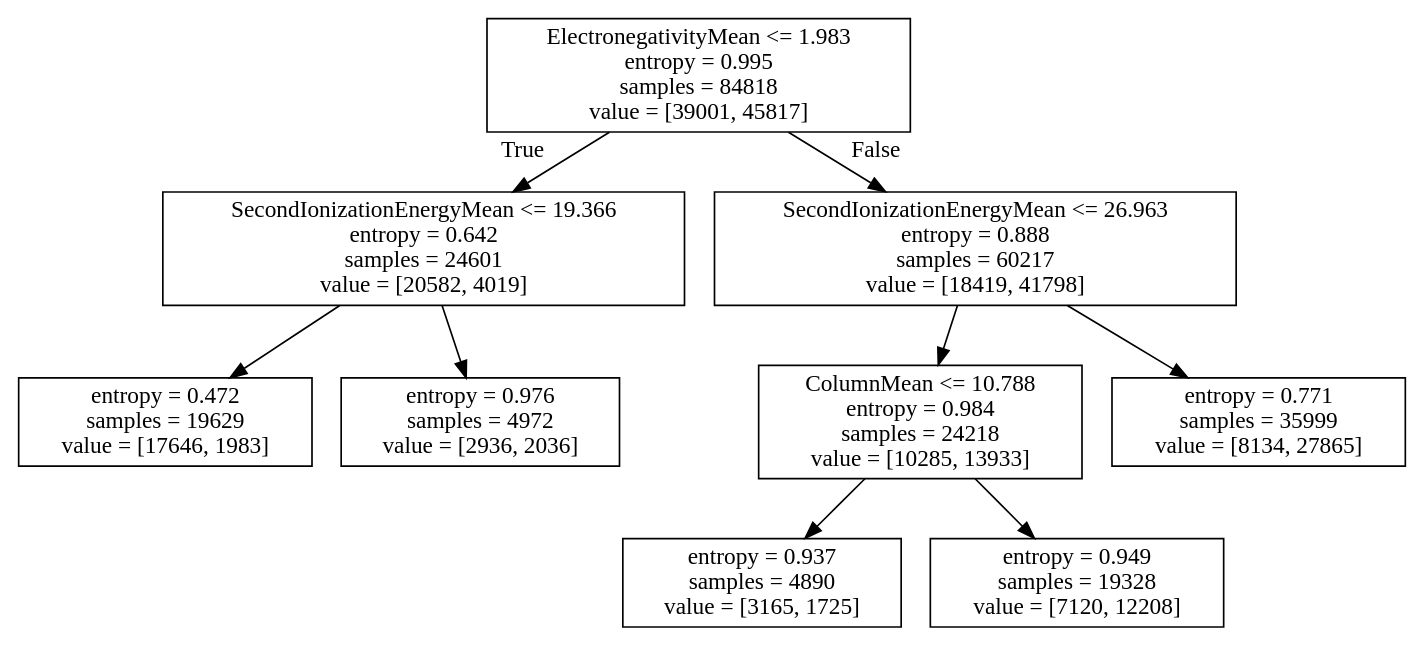
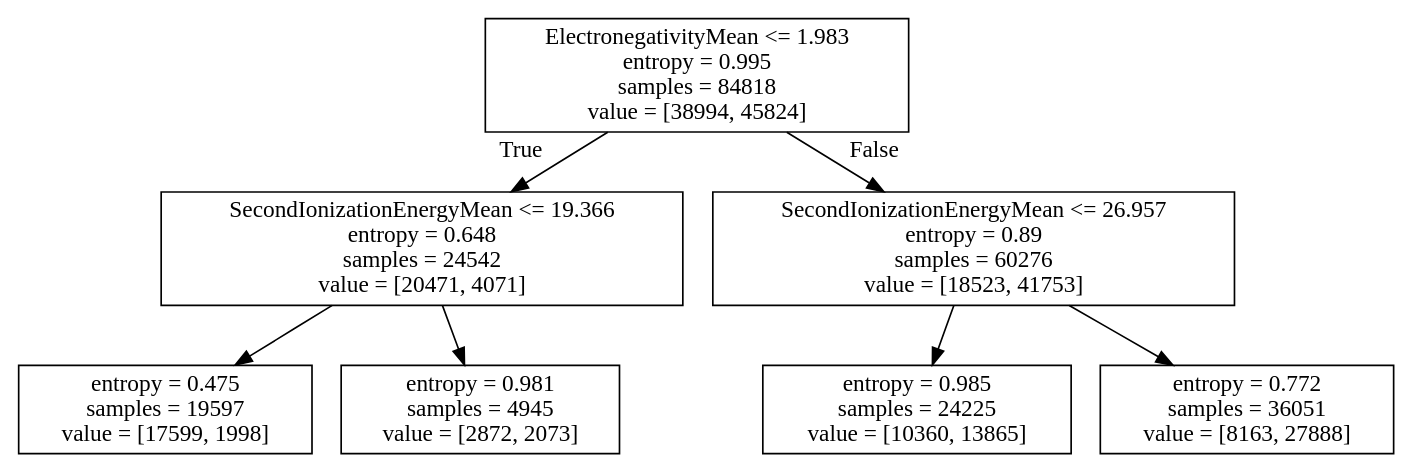
The diagram in lectures/metal_insulator_tree.dot (materialsvirtuallab/nano281), drawn with Graphviz before and after one commit. The commit also changed 1 other file, not shown here.

```diff
--- a/lectures/metal_insulator_tree.dot
+++ b/lectures/metal_insulator_tree.dot
@@ -1,20 +1,16 @@
 digraph Tree {
 node [shape=box] ;
-0 [label="ElectronegativityMean <= 1.983\nentropy = 0.995\nsamples = 84818\nvalue = [39001, 45817]"] ;
-1 [label="SecondIonizationEnergyMean <= 19.366\nentropy = 0.642\nsamples = 24601\nvalue = [20582, 4019]"] ;
+0 [label="ElectronegativityMean <= 1.983\nentropy = 0.995\nsamples = 84818\nvalue = [38994, 45824]"] ;
+1 [label="SecondIonizationEnergyMean <= 19.366\nentropy = 0.648\nsamples = 24542\nvalue = [20471, 4071]"] ;
 0 -> 1 [labeldistance=2.5, labelangle=45, headlabel="True"] ;
-2 [label="entropy = 0.472\nsamples = 19629\nvalue = [17646, 1983]"] ;
+2 [label="entropy = 0.475\nsamples = 19597\nvalue = [17599, 1998]"] ;
 1 -> 2 ;
-3 [label="entropy = 0.976\nsamples = 4972\nvalue = [2936, 2036]"] ;
+3 [label="entropy = 0.981\nsamples = 4945\nvalue = [2872, 2073]"] ;
 1 -> 3 ;
-4 [label="SecondIonizationEnergyMean <= 26.963\nentropy = 0.888\nsamples = 60217\nvalue = [18419, 41798]"] ;
+4 [label="SecondIonizationEnergyMean <= 26.957\nentropy = 0.89\nsamples = 60276\nvalue = [18523, 41753]"] ;
 0 -> 4 [labeldistance=2.5, labelangle=-45, headlabel="False"] ;
-5 [label="ColumnMean <= 10.788\nentropy = 0.984\nsamples = 24218\nvalue = [10285, 13933]"] ;
+5 [label="entropy = 0.985\nsamples = 24225\nvalue = [10360, 13865]"] ;
 4 -> 5 ;
-6 [label="entropy = 0.937\nsamples = 4890\nvalue = [3165, 1725]"] ;
-5 -> 6 ;
-7 [label="entropy = 0.949\nsamples = 19328\nvalue = [7120, 12208]"] ;
-5 -> 7 ;
-8 [label="entropy = 0.771\nsamples = 35999\nvalue = [8134, 27865]"] ;
-4 -> 8 ;
+6 [label="entropy = 0.772\nsamples = 36051\nvalue = [8163, 27888]"] ;
+4 -> 6 ;
 }
```
